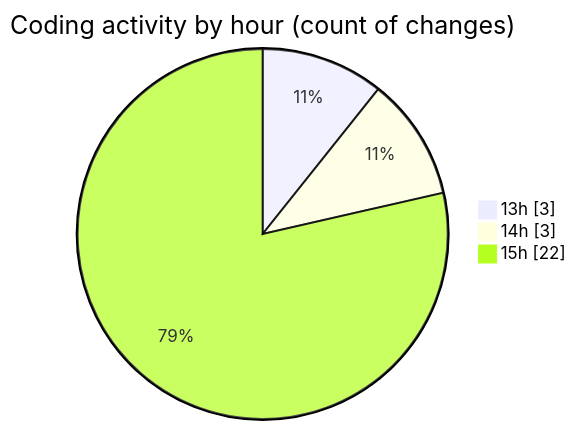
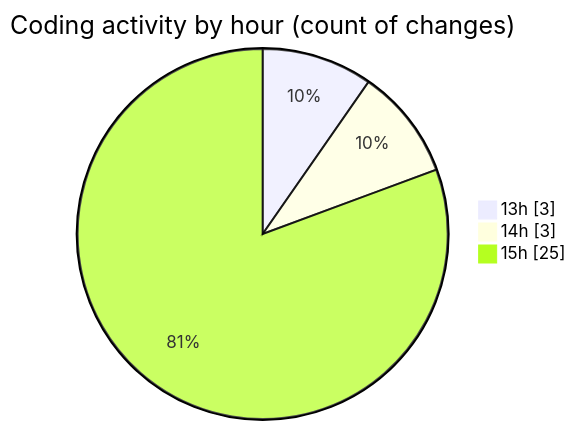
Before and after one commit to idhammustaqopulfikri/code-tracking: the second of 2 diagrams in 2025-06-15/studio-backend/README.md, drawn with Mermaid. The commit also changed other lines of this file and 1 other file, not shown here.

````diff
--- a/2025-06-15/studio-backend/README.md
+++ b/2025-06-15/studio-backend/README.md
@@ -40,7 +40,7 @@
 ```mermaid
 pie showData
 title Coding activity by hour (count of changes)
 "13h" : 3
 "14h" : 3
-"15h" : 22
+"15h" : 25
 ```
````
